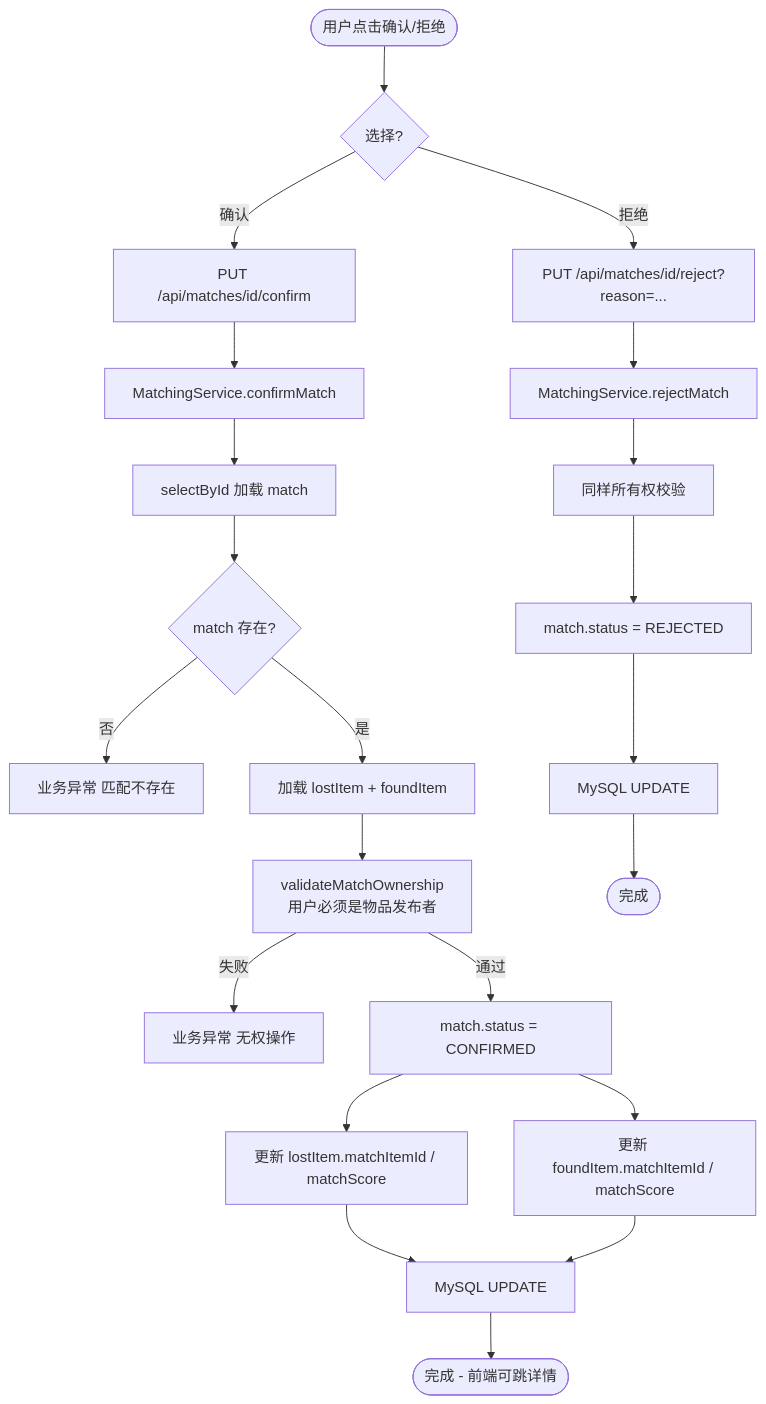
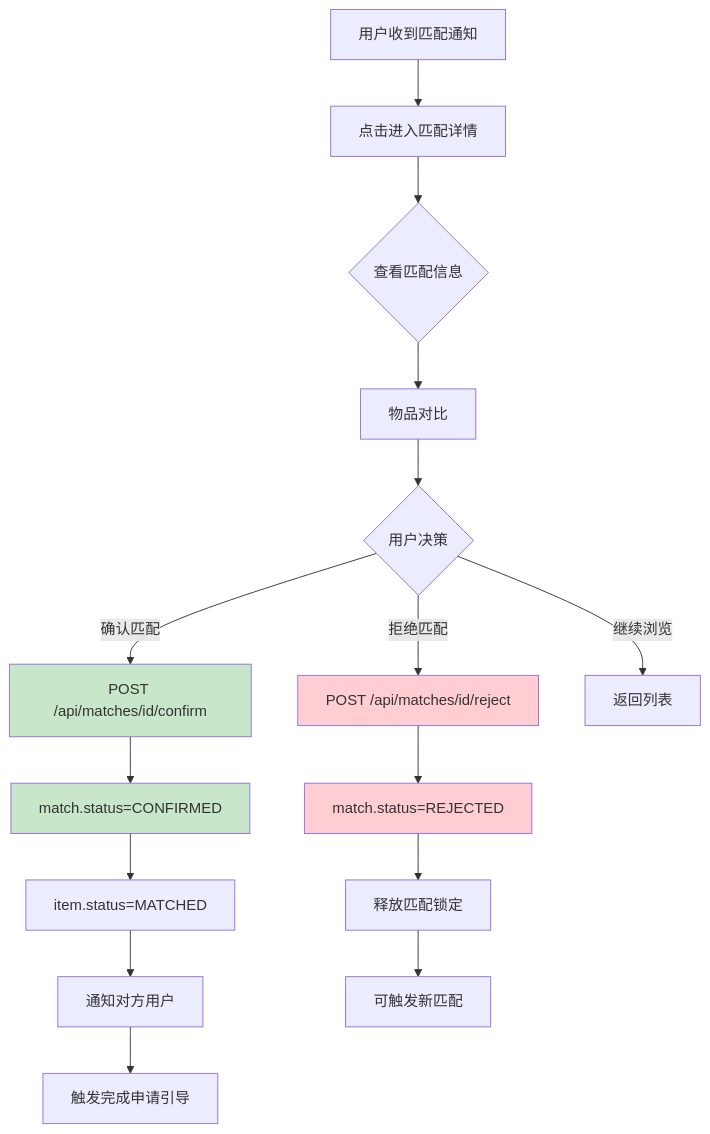
Before and after one commit to zwj-3193655211/campus-LostandFound: diagram 13 of 29 in docs/项目图表.md, drawn with Mermaid. The commit also changed other lines of this file and 51 other files, not shown here.

````diff
--- a/docs/项目图表.md
+++ b/docs/项目图表.md
@@ -552,26 +703,25 @@
 ```mermaid
 flowchart TD
-    A([用户点击确认/拒绝]) --> B{选择?}
-    B -->|确认| C[PUT /api/matches/id/confirm]
-    B -->|拒绝| D[PUT /api/matches/id/reject?reason=...]
+    A[用户收到匹配通知] --> B[点击进入匹配详情]
+    B --> C{查看匹配信息}
+    C --> D[物品对比]
+    D --> E{用户决策}
 
-    C --> E[MatchingService.confirmMatch]
-    E --> F[selectById 加载 match]
-    F --> G{match 存在?}
-    G -->|否| H[业务异常 匹配不存在]
-    G -->|是| I[加载 lostItem + foundItem]
-    I --> J[validateMatchOwnership<br/>用户必须是物品发布者]
-    J -->|失败| K[业务异常 无权操作]
-    J -->|通过| L[match.status = CONFIRMED]
-    L --> M[更新 lostItem.matchItemId / matchScore]
-    L --> N[更新 foundItem.matchItemId / matchScore]
-    M --> O[MySQL UPDATE]
-    N --> O
-    O --> P([完成 - 前端可跳详情])
+    E -->|确认匹配| F[POST /api/matches/id/confirm]
+    E -->|拒绝匹配| G[POST /api/matches/id/reject]
+    E -->|继续浏览| H[返回列表]
 
-    D --> Q[MatchingService.rejectMatch]
-    Q --> R[同样所有权校验]
-    R --> S[match.status = REJECTED]
-    S --> T[MySQL UPDATE]
-    T --> P2([完成])
+    F --> I[match.status=CONFIRMED]
+    I --> J[item.status=MATCHED]
+    J --> K[通知对方用户]
+    K --> L[触发完成申请引导]
+
+    G --> M[match.status=REJECTED]
+    M --> N[释放匹配锁定]
+    N --> O[可触发新匹配]
+
+    style F fill:#c8e6c9
+    style G fill:#ffcdd2
+    style I fill:#c8e6c9
+    style M fill:#ffcdd2
 ```
````
